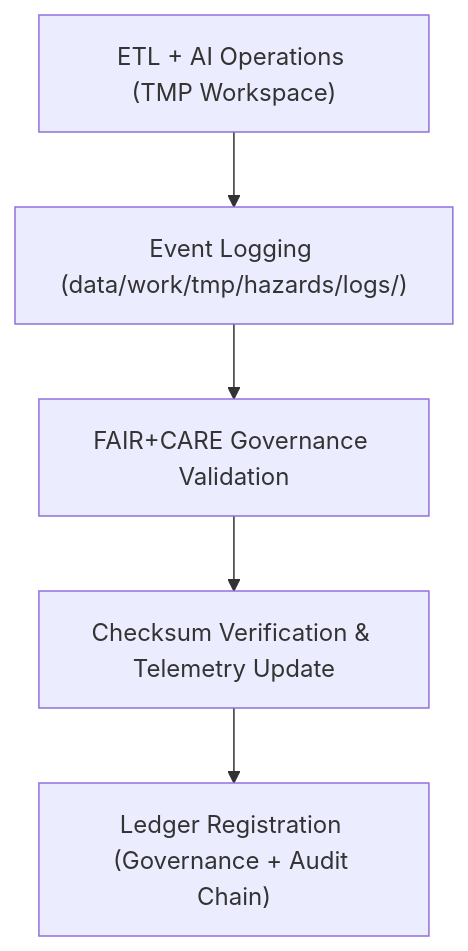
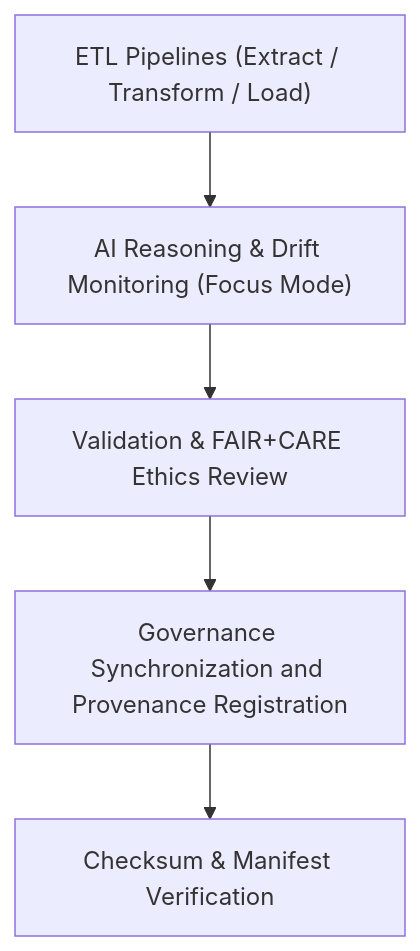
Before and after one commit to bartytime4life/Kansas-Frontier-Matrix: the diagram in data/work/tmp/hazards/logs/README.md, drawn with Mermaid. The commit also changed other lines of this file, not shown here.

````diff
--- a/data/work/tmp/hazards/logs/README.md
+++ b/data/work/tmp/hazards/logs/README.md
@@ -77,7 +83,7 @@
 ```mermaid
 flowchart TD
-    A["ETL + AI Operations (TMP Workspace)"] --> B["Event Logging (data/work/tmp/hazards/logs/)"]
-    B --> C["FAIR+CARE Governance Validation"]
-    C --> D["Checksum Verification & Telemetry Update"]
-    D --> E["Ledger Registration (Governance + Audit Chain)"]
+    A["ETL Pipelines (Extract / Transform / Load)"] --> B["AI Reasoning & Drift Monitoring (Focus Mode)"]
+    B --> C["Validation & FAIR+CARE Ethics Review"]
+    C --> D["Governance Synchronization and Provenance Registration"]
+    D --> E["Checksum & Manifest Verification"]
 ```
````
